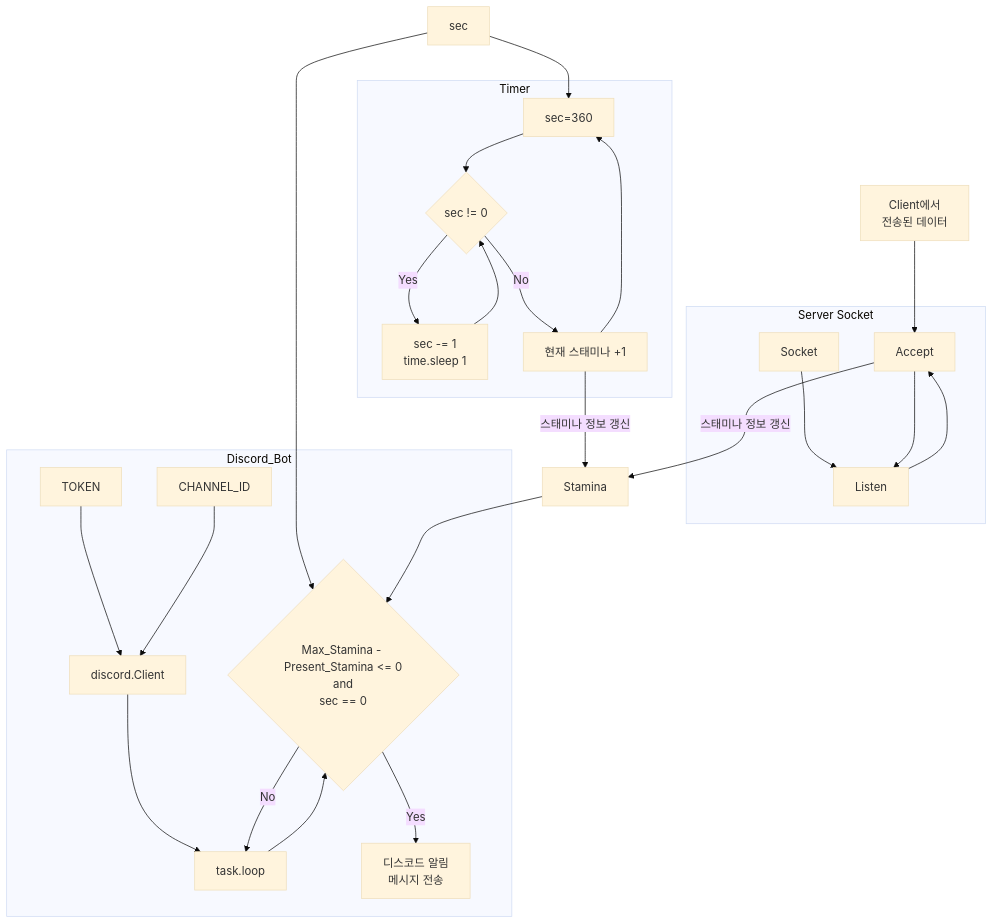
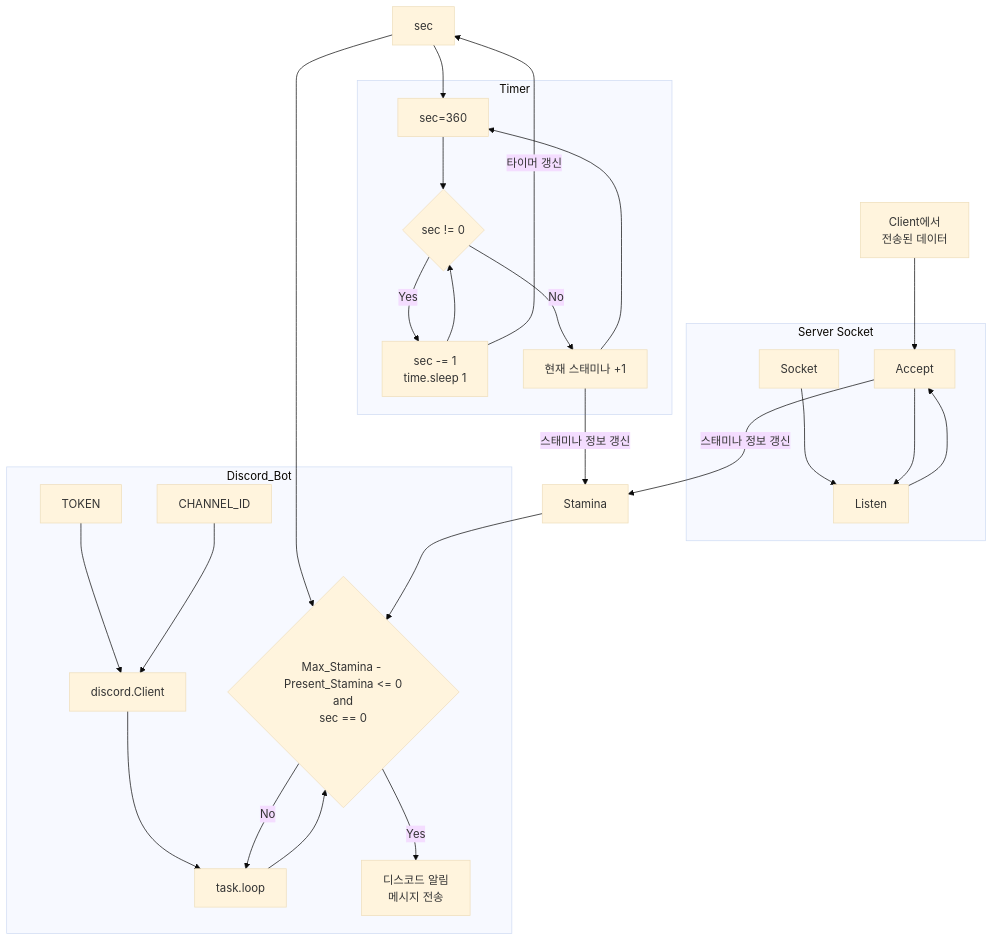
The third of 3 diagrams in README.md (201710808/Game-Stamina-Alarm), drawn with Mermaid (base theme) before and after one commit.

````diff
--- a/README.md
+++ b/README.md
@@ -55,33 +55,34 @@
 ```mermaid
 graph TB;
     data[Client에서\n전송된 데이터]-->Accept;
 
     subgraph Server Socket;
     Socket-->Listen;
     Listen-->Accept;
     end;
     Accept-->|스태미나 정보 갱신|Stamina;
     Accept-->Listen;
 
     sec-->sec360;
     subgraph Timer;
     sec360[sec=360]-->condition{sec != 0};
     condition-->|"Yes"|process_time[sec -= 1\ntime.sleep 1];
     process_time-->condition;
     condition-->|"No"|sync_stamina[현재 스태미나 +1];
     sync_stamina-->sec360;
     end;
 
+    process_time-->|"타이머 갱신"|sec;
     sync_stamina-->|스태미나 정보 갱신|Stamina;
     sec-->discord_condition;
 
     subgraph Discord_Bot;
     TOKEN-->Client[discord.Client];
     CHANNEL_ID-->Client;
     Client-->task.loop;
     task.loop-->discord_condition{Max_Stamina - Present_Stamina <= 0\nand\nsec == 0};
     discord_condition-->|"Yes"|discord_message[디스코드 알림\n메시지 전송]
     discord_condition-->|"No"|task.loop;
     end;
     Stamina-->discord_condition;
 ```
````
